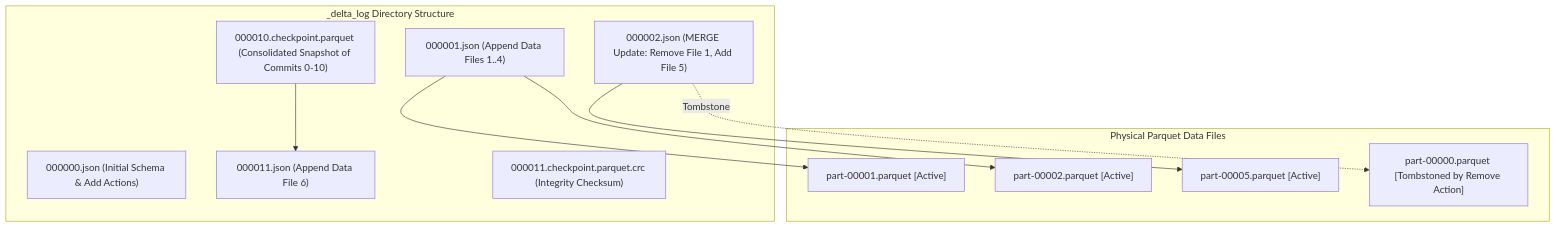
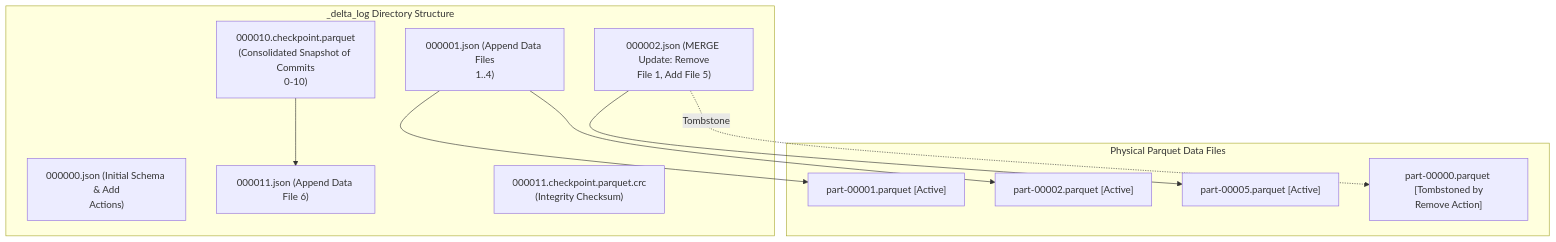
Before and after one commit to santoshjammi29/databricks-handbook: the first of 2 diagrams in architectures/03_delta_lake_3x_storage_engine_and_liquid_clustering.md, drawn with Mermaid. The commit also changed other lines of this file and 8 other files, not shown here.

Commit message:
fix(diagrams): word-wrap labels and escape comparison operators across all diagrams

````diff
--- a/architectures/03_delta_lake_3x_storage_engine_and_liquid_clustering.md
+++ b/architectures/03_delta_lake_3x_storage_engine_and_liquid_clustering.md
@@ -7,23 +7,23 @@
 ```mermaid
 flowchart TD
     subgraph CommitLog["_delta_log Directory Structure"]
-        C0["000000.json (Initial Schema & Add Actions)"]
-        C1["000001.json (Append Data Files 1..4)"]
-        C2["000002.json (MERGE Update: Remove File 1, Add File 5)"]
-        CKP["000010.checkpoint.parquet (Consolidated Snapshot of Commits 0-10)"]
+        C0["000000.json (Initial Schema & Add<br/>Actions)"]
+        C1["000001.json (Append Data Files<br/>1..4)"]
+        C2["000002.json (MERGE Update: Remove<br/>File 1, Add File 5)"]
+        CKP["000010.checkpoint.parquet<br/>(Consolidated Snapshot of Commits<br/>0-10)"]
         C11["000011.json (Append Data File 6)"]
-        CRC["000011.checkpoint.parquet.crc (Integrity Checksum)"]
+        CRC["000011.checkpoint.parquet.crc<br/>(Integrity Checksum)"]
     end
 
     subgraph StorageData["Physical Parquet Data Files"]
         P1["part-00001.parquet [Active]"]
         P2["part-00002.parquet [Active]"]
         P3["part-00005.parquet [Active]"]
-        P_Old["part-00000.parquet [Tombstoned by Remove Action]"]
+        P_Old["part-00000.parquet [Tombstoned by<br/>Remove Action]"]
     end
 
     C1 --> P1 & P2
     C2 --> P3
     C2 -.->|Tombstone| P_Old
     CKP --> C11
 ```
````
